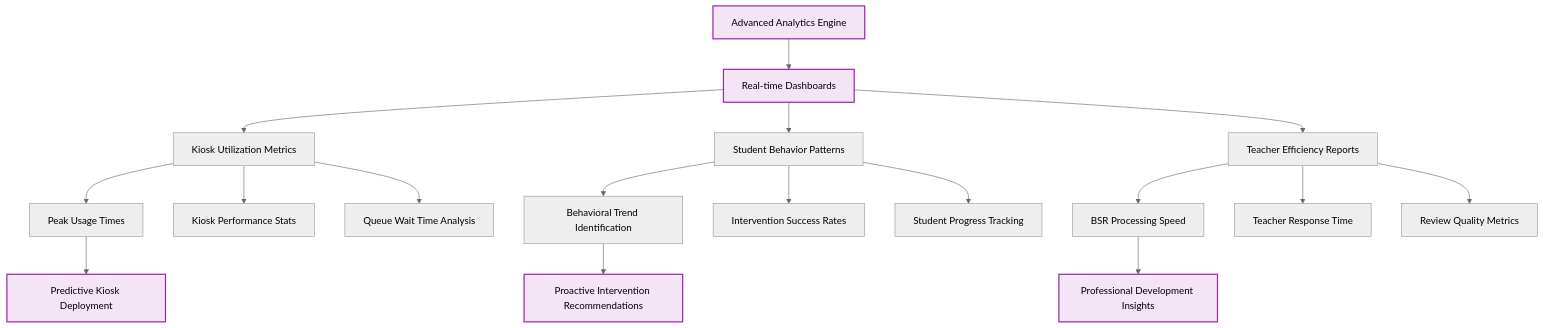
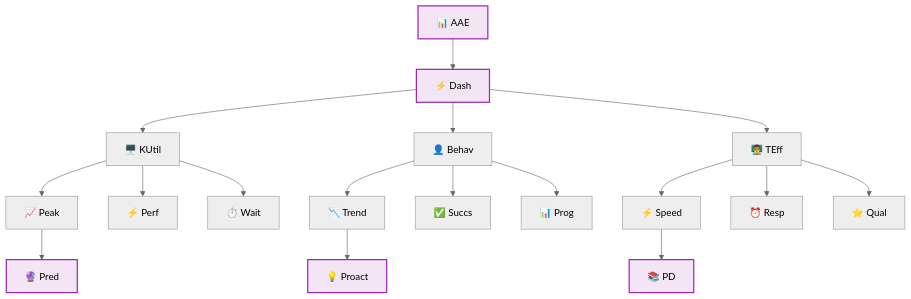
Before and after one commit to Splurfa/bx-os: the third of 4 diagrams in docs/flowcharts/Future-Vision/09-scalable-single-school-architecture.md, drawn with Mermaid (neutral theme). The commit also changed other lines of this file and 4 other files, not shown here.

Commit message:
Fix all flowchart text cutoff

````diff
--- a/docs/flowcharts/Future-Vision/09-scalable-single-school-architecture.md
+++ b/docs/flowcharts/Future-Vision/09-scalable-single-school-architecture.md
@@ -68,29 +98,29 @@
 ```mermaid
 flowchart TD
-    A[Advanced Analytics Engine] --> B[Real-time Dashboards]
-    B --> C[Kiosk Utilization Metrics]
-    B --> D[Student Behavior Patterns]
-    B --> E[Teacher Efficiency Reports]
+    A[📊 AAE] --> B[⚡ Dash]
+    B --> C[🖥️ KUtil]
+    B --> D[👤 Behav]
+    B --> E[👨‍🏫 TEff]
     
-    C --> F[Peak Usage Times]
-    C --> G[Kiosk Performance Stats]
-    C --> H[Queue Wait Time Analysis]
+    C --> F[📈 Peak]
+    C --> G[⚡ Perf]
+    C --> H[⏱️ Wait]
     
-    D --> I[Behavioral Trend Identification]
-    D --> J[Intervention Success Rates]
-    D --> K[Student Progress Tracking]
+    D --> I[📉 Trend]
+    D --> J[✅ Succs]
+    D --> K[📊 Prog]
     
-    E --> L[BSR Processing Speed]
-    E --> M[Teacher Response Time]
-    E --> N[Review Quality Metrics]
+    E --> L[⚡ Speed]
+    E --> M[⏰ Resp]
+    E --> N[⭐ Qual]
     
-    F --> O[Predictive Kiosk Deployment]
-    I --> P[Proactive Intervention Recommendations]
-    L --> Q[Professional Development Insights]
+    F --> O[🔮 Pred]
+    I --> P[💡 Proact]
+    L --> Q[📚 PD]
     
     style A fill:#f3e5f5,stroke:#9c27b0,stroke-width:2px
     style B fill:#f3e5f5,stroke:#9c27b0,stroke-width:2px
     style O fill:#f3e5f5,stroke:#9c27b0,stroke-width:2px
     style P fill:#f3e5f5,stroke:#9c27b0,stroke-width:2px
     style Q fill:#f3e5f5,stroke:#9c27b0,stroke-width:2px
 ```
````
